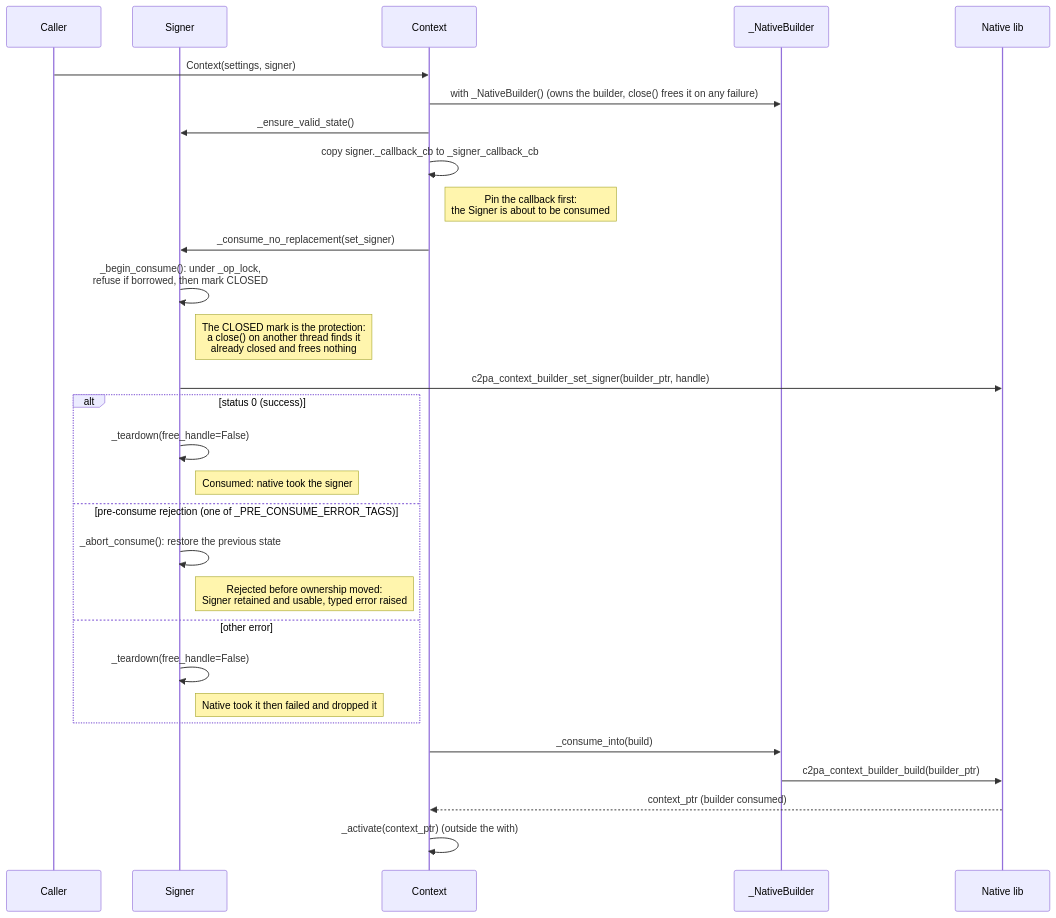
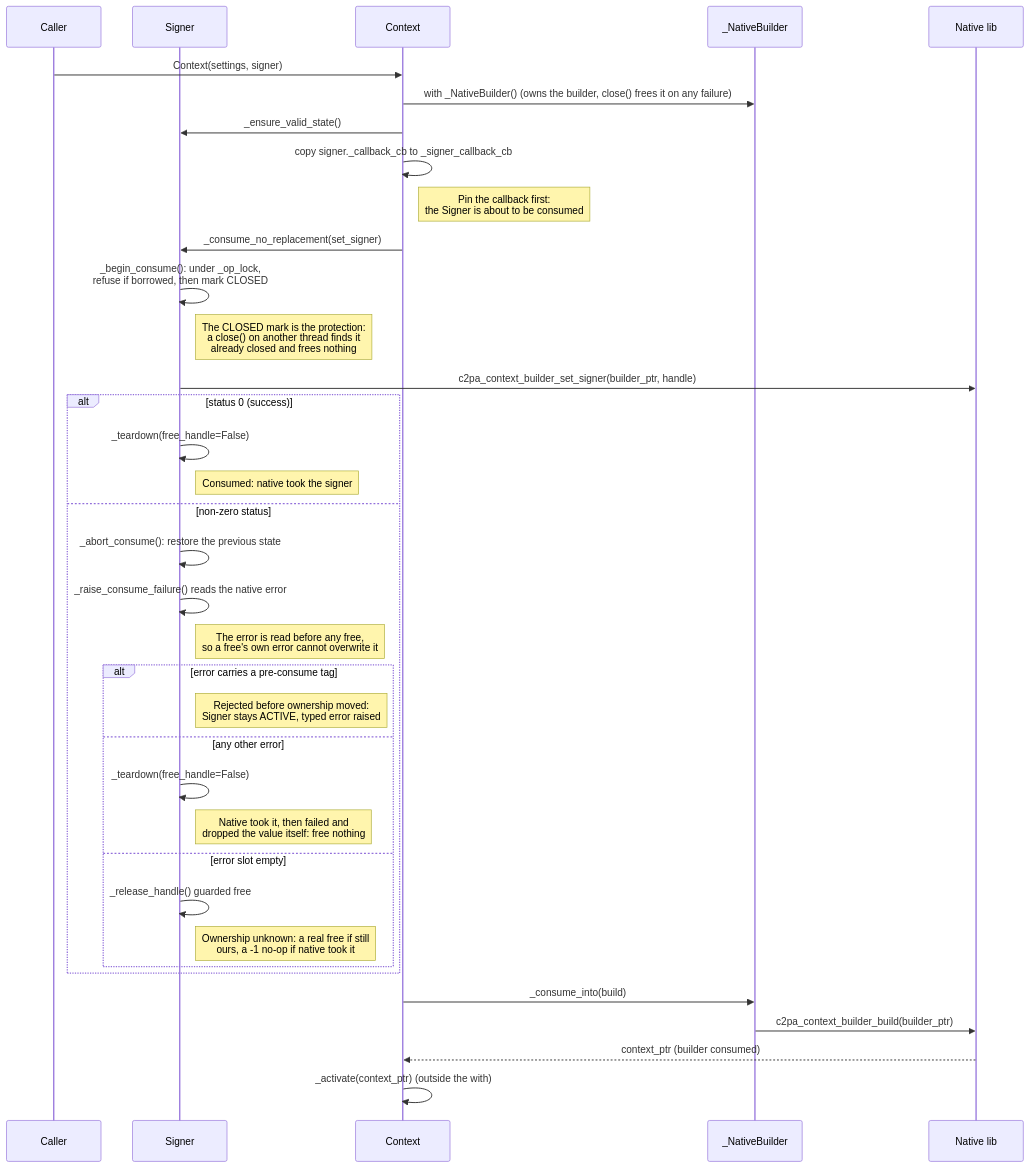
The seventh of 10 diagrams in docs/native-resources-management.md (contentauth/c2pa-python), drawn with Mermaid before and after one commit. The commit also changed other lines of this file, not shown here.

````diff
--- a/docs/native-resources-management.md
+++ b/docs/native-resources-management.md
@@ -501,34 +503,41 @@
 ```mermaid
 sequenceDiagram
     participant C as Caller
     participant S as Signer
     participant X as Context
     participant B as _NativeBuilder
     participant N as Native lib
 
     C->>X: Context(settings, signer)
     X->>B: with _NativeBuilder() (owns the builder, close() frees it on any failure)
     X->>S: _ensure_valid_state()
     X->>X: copy signer._callback_cb to _signer_callback_cb
     Note right of X: Pin the callback first:<br/>the Signer is about to be consumed
     X->>S: _consume_no_replacement(set_signer)
     S->>S: _begin_consume(): under _op_lock,<br/>refuse if borrowed, then mark CLOSED
     Note right of S: The CLOSED mark is the protection:<br/>a close() on another thread finds it<br/>already closed and frees nothing
     S->>N: c2pa_context_builder_set_signer(builder_ptr, handle)
 
     alt status 0 (success)
         S->>S: _teardown(free_handle=False)
         Note right of S: Consumed: native took the signer
-    else pre-consume rejection (one of _PRE_CONSUME_ERROR_TAGS)
+    else non-zero status
         S->>S: _abort_consume(): restore the previous state
-        Note right of S: Rejected before ownership moved:<br/>Signer retained and usable, typed error raised
-    else other error
-        S->>S: _teardown(free_handle=False)
-        Note right of S: Native took it then failed and dropped it
+        S->>S: _raise_consume_failure() reads the native error
+        Note right of S: The error is read before any free,<br/>so a free's own error cannot overwrite it
+        alt error carries a pre-consume tag
+            Note right of S: Rejected before ownership moved:<br/>Signer stays ACTIVE, typed error raised
+        else any other error
+            S->>S: _teardown(free_handle=False)
+            Note right of S: Native took it, then failed and<br/>dropped the value itself: free nothing
+        else error slot empty
+            S->>S: _release_handle() guarded free
+            Note right of S: Ownership unknown: a real free if still<br/>ours, a -1 no-op if native took it
+        end
     end
 
     X->>B: _consume_into(build)
     B->>N: c2pa_context_builder_build(builder_ptr)
     N-->>X: context_ptr (builder consumed)
     X->>X: _activate(context_ptr) (outside the with)
 ```
````
